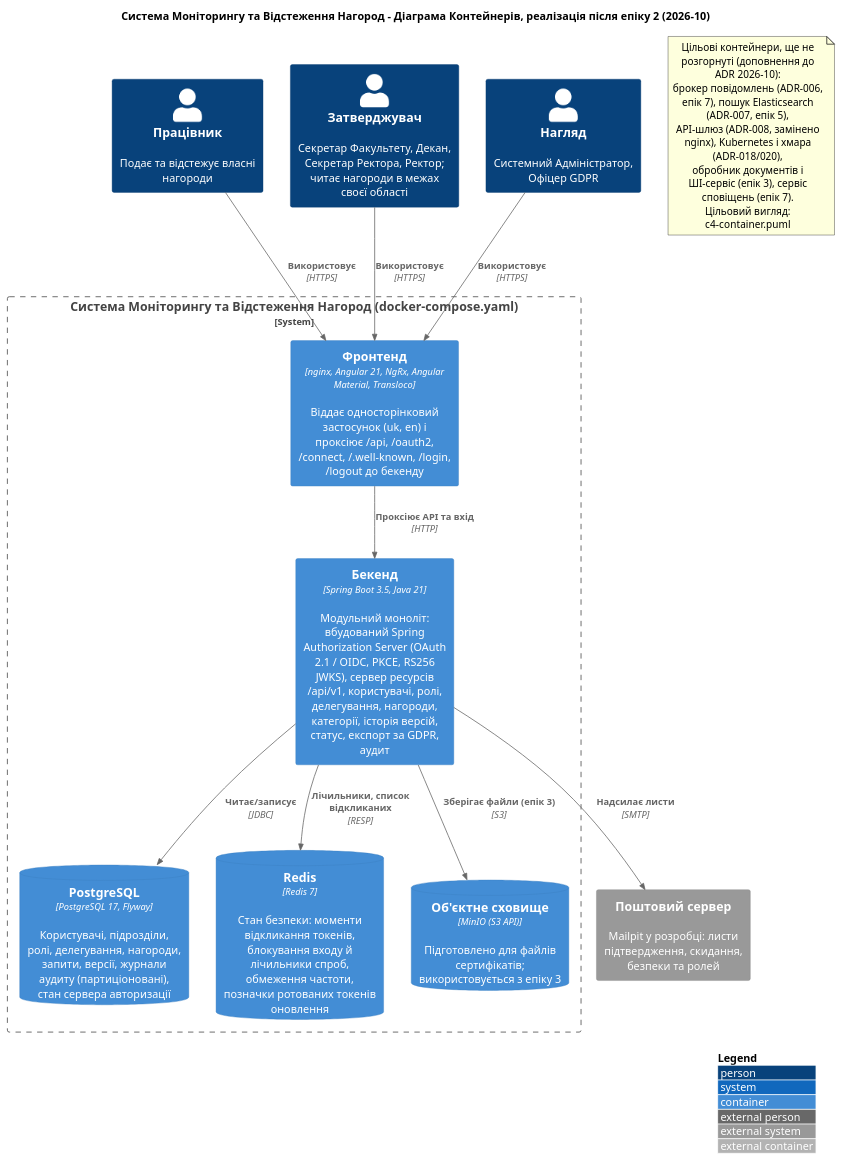
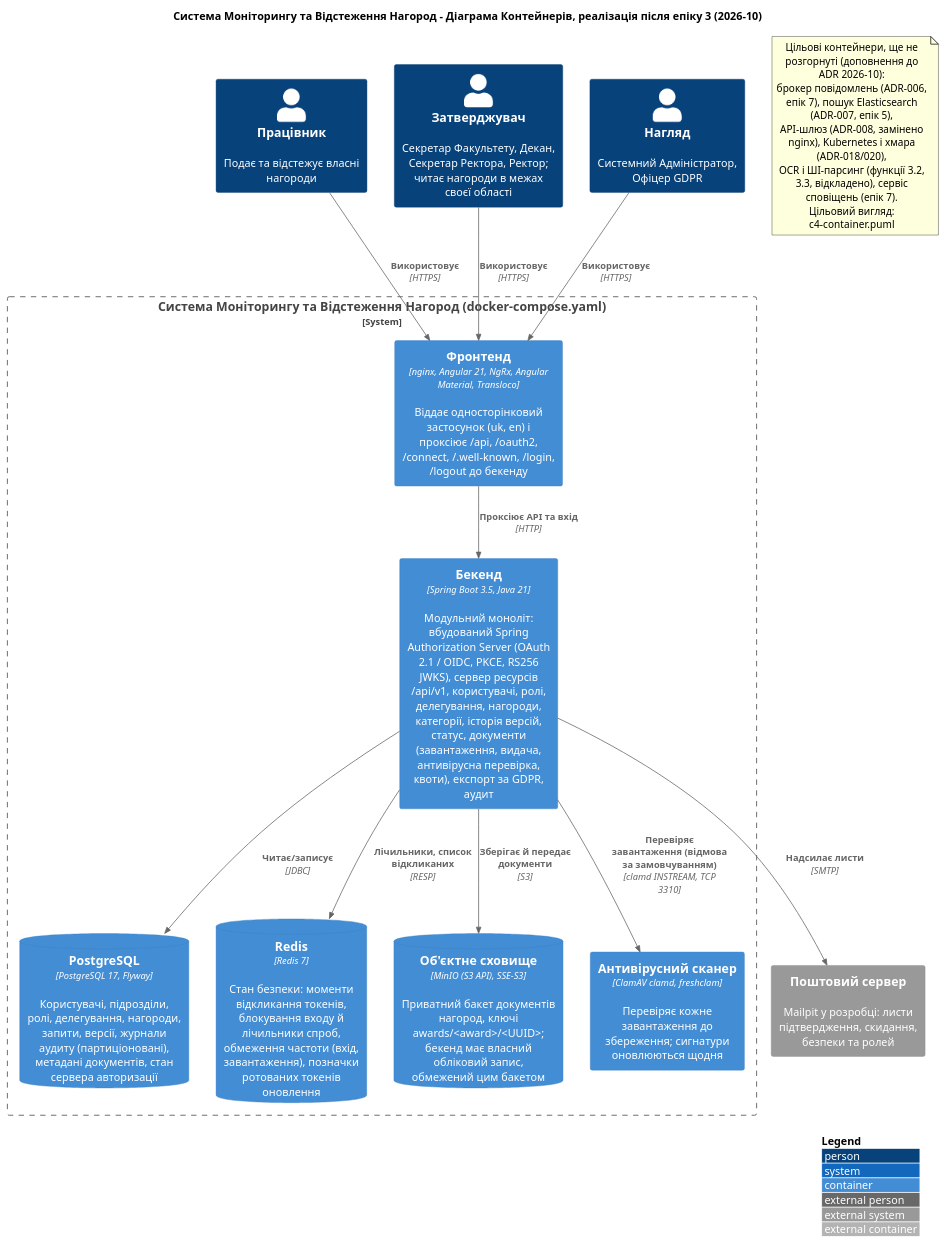
One commit to StKostyk/award-monitoring-system changed the diagram in docs/ua/diagrams/c4-container-as-built.puml. Above: the diagram before and after it, drawn with PlantUML. The commit also changed 55 other files, not shown here.

```diff
--- a/docs/ua/diagrams/c4-container-as-built.puml
+++ b/docs/ua/diagrams/c4-container-as-built.puml
@@ -1,43 +1,45 @@
 @startuml C4_Container_As_Built_UA
 !include https://raw.githubusercontent.com/plantuml-stdlib/C4-PlantUML/master/C4_Container.puml
 
-title Система Моніторингу та Відстеження Нагород - Діаграма Контейнерів, реалізація після епіку 2 (2026-10)
+title Система Моніторингу та Відстеження Нагород - Діаграма Контейнерів, реалізація після епіку 3 (2026-10)
 
 LAYOUT_WITH_LEGEND()
 
 Person(employee, "Працівник", "Подає та відстежує власні нагороди")
 Person(reviewer, "Затверджувач", "Секретар Факультету, Декан, Секретар Ректора, Ректор; читає нагороди в межах своєї області")
 Person(admin, "Нагляд", "Системний Адміністратор, Офіцер GDPR")
 
 System_Boundary(award_system, "Система Моніторингу та Відстеження Нагород (docker-compose.yaml)") {
 
     Container(frontend, "Фронтенд", "nginx, Angular 21, NgRx, Angular Material, Transloco", "Віддає односторінковий застосунок (uk, en) і проксіює /api, /oauth2, /connect, /.well-known, /login, /logout до бекенду")
 
-    Container(backend, "Бекенд", "Spring Boot 3.5, Java 21", "Модульний моноліт: вбудований Spring Authorization Server (OAuth 2.1 / OIDC, PKCE, RS256 JWKS), сервер ресурсів /api/v1, користувачі, ролі, делегування, нагороди, категорії, історія версій, статус, експорт за GDPR, аудит")
+    Container(backend, "Бекенд", "Spring Boot 3.5, Java 21", "Модульний моноліт: вбудований Spring Authorization Server (OAuth 2.1 / OIDC, PKCE, RS256 JWKS), сервер ресурсів /api/v1, користувачі, ролі, делегування, нагороди, категорії, історія версій, статус, документи (завантаження, видача, антивірусна перевірка, квоти), експорт за GDPR, аудит")
 
-    ContainerDb(postgres, "PostgreSQL", "PostgreSQL 17, Flyway", "Користувачі, підрозділи, ролі, делегування, нагороди, запити, версії, журнали аудиту (партиціоновані), стан сервера авторизації")
-    ContainerDb(redis, "Redis", "Redis 7", "Стан безпеки: моменти відкликання токенів, блокування входу й лічильники спроб, обмеження частоти, позначки ротованих токенів оновлення")
-    ContainerDb(minio, "Об'єктне сховище", "MinIO (S3 API)", "Підготовлено для файлів сертифікатів; використовується з епіку 3")
+    ContainerDb(postgres, "PostgreSQL", "PostgreSQL 17, Flyway", "Користувачі, підрозділи, ролі, делегування, нагороди, запити, версії, журнали аудиту (партиціоновані), метадані документів, стан сервера авторизації")
+    ContainerDb(redis, "Redis", "Redis 7", "Стан безпеки: моменти відкликання токенів, блокування входу й лічильники спроб, обмеження частоти (вхід, завантаження), позначки ротованих токенів оновлення")
+    ContainerDb(minio, "Об'єктне сховище", "MinIO (S3 API), SSE-S3", "Приватний бакет документів нагород, ключі awards/<award>/<UUID>; бекенд має власний обліковий запис, обмежений цим бакетом")
+    Container(clamav, "Антивірусний сканер", "ClamAV clamd, freshclam", "Перевіряє кожне завантаження до збереження; сигнатури оновлюються щодня")
 }
 
 System_Ext(smtp, "Поштовий сервер", "Mailpit у розробці: листи підтвердження, скидання, безпеки та ролей")
 
 Rel(employee, frontend, "Використовує", "HTTPS")
 Rel(reviewer, frontend, "Використовує", "HTTPS")
 Rel(admin, frontend, "Використовує", "HTTPS")
 Rel(frontend, backend, "Проксіює API та вхід", "HTTP")
 Rel(backend, postgres, "Читає/записує", "JDBC")
 Rel(backend, redis, "Лічильники, список відкликаних", "RESP")
 Rel(backend, smtp, "Надсилає листи", "SMTP")
-Rel_D(backend, minio, "Зберігає файли (епік 3)", "S3")
+Rel_D(backend, minio, "Зберігає й передає документи", "S3")
+Rel_D(backend, clamav, "Перевіряє завантаження (відмова за замовчуванням)", "clamd INSTREAM, TCP 3310")
 
 
 note as Planned
   Цільові контейнери, ще не розгорнуті (доповнення до ADR 2026-10):
   брокер повідомлень (ADR-006, епік 7), пошук Elasticsearch (ADR-007, епік 5),
   API-шлюз (ADR-008, замінено nginx), Kubernetes і хмара (ADR-018/020),
-  обробник документів і ШІ-сервіс (епік 3), сервіс сповіщень (епік 7).
+  OCR і ШІ-парсинг (функції 3.2, 3.3, відкладено), сервіс сповіщень (епік 7).
   Цільовий вигляд: c4-container.puml
 end note
 
 @enduml
```
